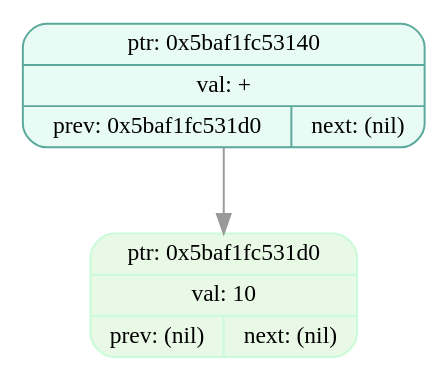
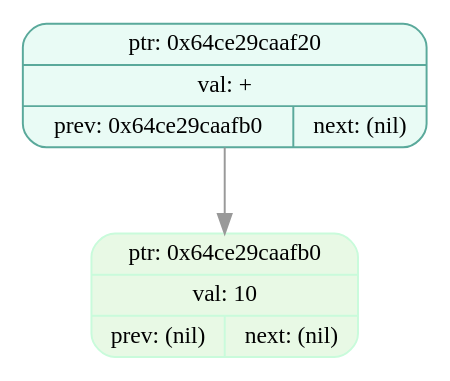
Before and after one commit to EvilTomato9890/Difference: the diagram in dumps/tree_dump_001.dot, drawn with Graphviz. The commit also changed 44 other files, not shown here.

```diff
--- a/dumps/tree_dump_001.dot
+++ b/dumps/tree_dump_001.dot
@@ -1,7 +1,7 @@
 digraph T{
   node [fontname="Fira Mono",shape=record,style="filled,rounded",fontsize=12];
   graph [splines=true, nodesep=0.6, ranksep=0.6];
-  node_0x5baf1fc53140[shape=record,label="{ {ptr: 0x5baf1fc53140} | {val: +} | { prev: 0x5baf1fc531d0 | next: (nil) } }",color="#5aa99b",fillcolor="#e9fbf5"];
-  node_0x5baf1fc531d0[shape=record,label="{ {ptr: 0x5baf1fc531d0} | {val: 10} | { prev: (nil) | next: (nil) } }",color="#c9fbdbff",fillcolor="#e8f9e5ff"];
-  node_0x5baf1fc53140 -> node_0x5baf1fc531d0 [color="#999999"];
+  node_0x64ce29caaf20[shape=record,label="{ {ptr: 0x64ce29caaf20} | {val: +} | { prev: 0x64ce29caafb0 | next: (nil) } }",color="#5aa99b",fillcolor="#e9fbf5"];
+  node_0x64ce29caafb0[shape=record,label="{ {ptr: 0x64ce29caafb0} | {val: 10} | { prev: (nil) | next: (nil) } }",color="#c9fbdbff",fillcolor="#e8f9e5ff"];
+  node_0x64ce29caaf20 -> node_0x64ce29caafb0 [color="#999999"];
 }
```
